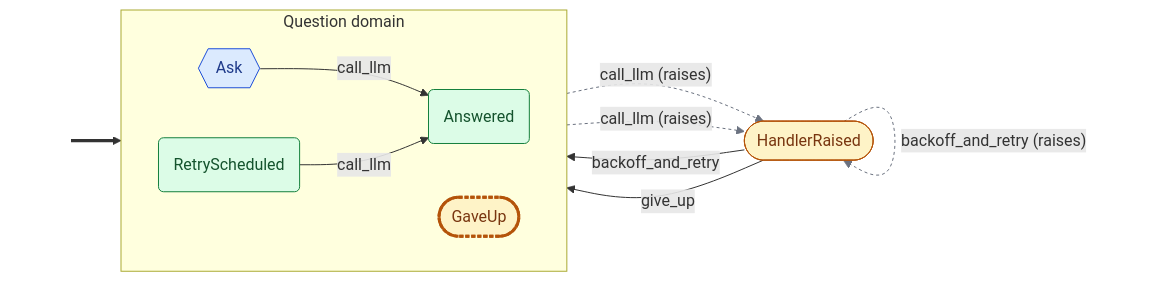
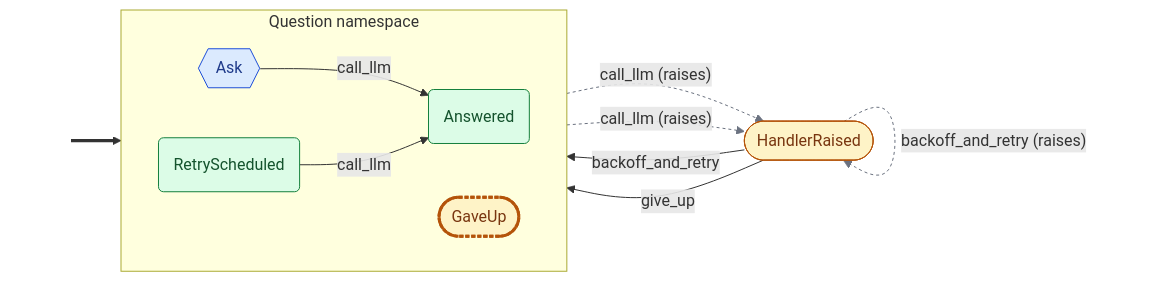
One commit to cadance-io/langgraph-events changed the second of 2 diagrams in examples/error_recovery.graph.md. Above: the diagram before and after it, drawn with Mermaid. The commit also changed other lines of this file and 44 other files, not shown here.

````diff
--- a/examples/error_recovery.graph.md
+++ b/examples/error_recovery.graph.md
@@ -44,27 +44,27 @@
 ```mermaid
 graph LR
     classDef entry fill:none,stroke:none,color:none
     classDef cmd fill:#dbeafe,stroke:#1d4ed8,color:#1e3a8a
     classDef devt fill:#dcfce7,stroke:#15803d,color:#14532d
     classDef intg fill:#ede9fe,stroke:#6d28d9,color:#4c1d95
     classDef syst fill:#fef3c7,stroke:#b45309,color:#78350f
     classDef halt fill:#fef3c7,stroke:#b45309,color:#78350f,stroke-width:3px,stroke-dasharray:4 2
     classDef inv fill:#ffedd5,stroke:#c2410c,color:#7c2d12
-    subgraph Question["Question domain"]
+    subgraph Question["Question namespace"]
         direction LR
         Answered(Answered):::devt
         Ask{{Ask}}:::cmd
         GaveUp([GaveUp]):::halt
         RetryScheduled(RetryScheduled):::devt
     end
     HandlerRaised([HandlerRaised]):::syst
     _e0_[ ]:::entry ==> Ask
     Ask -.->|"call_llm (raises)"| HandlerRaised
     RetryScheduled -.->|"call_llm (raises)"| HandlerRaised
     Ask -->|call_llm| Answered
     RetryScheduled -->|call_llm| Answered
     HandlerRaised -.->|"backoff_and_retry (raises)"| HandlerRaised
     HandlerRaised -->|backoff_and_retry| RetryScheduled
     HandlerRaised -->|give_up| GaveUp
     linkStyle 1,2,5 stroke:#6b7280,stroke-dasharray:3 3
 ```
````
